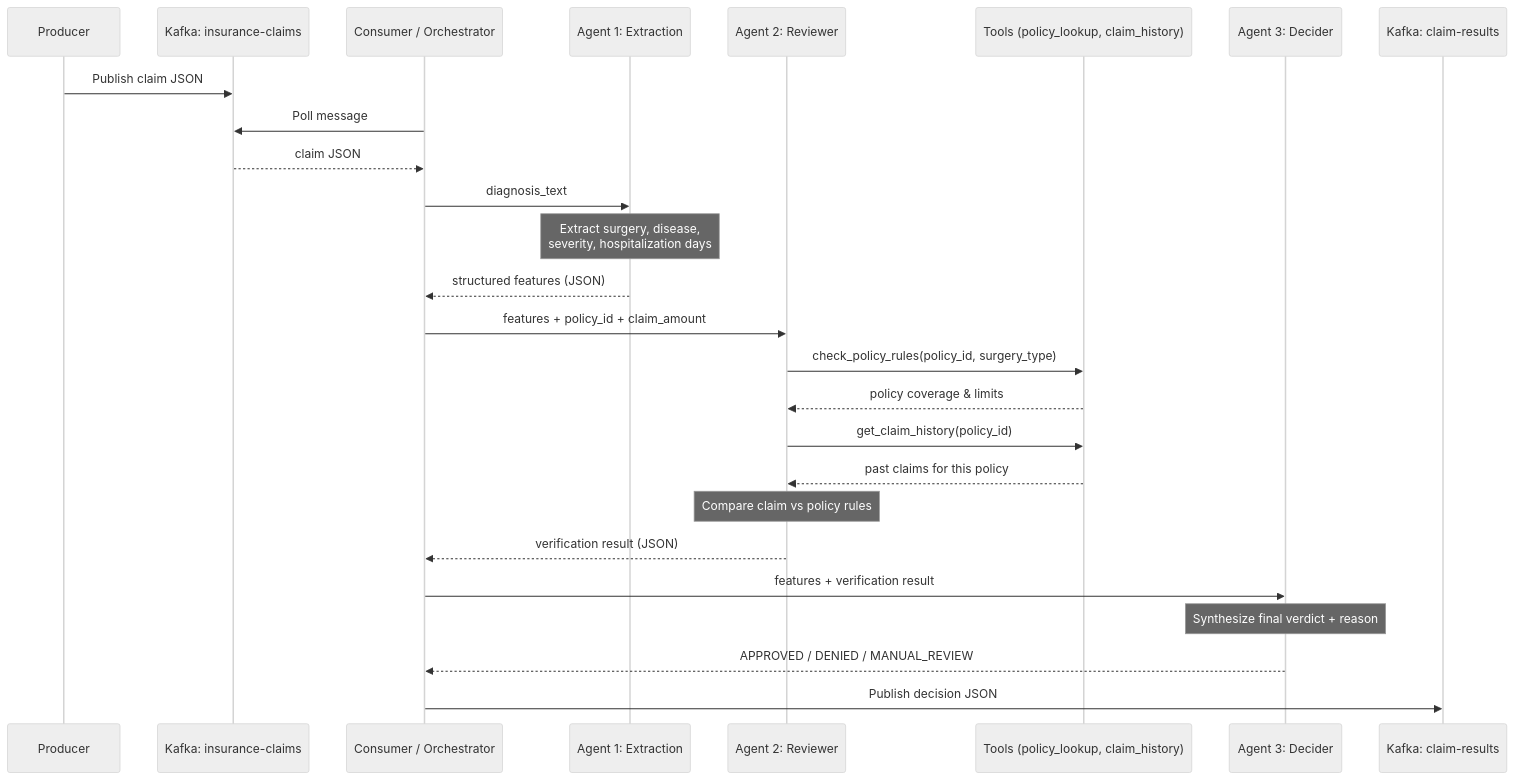
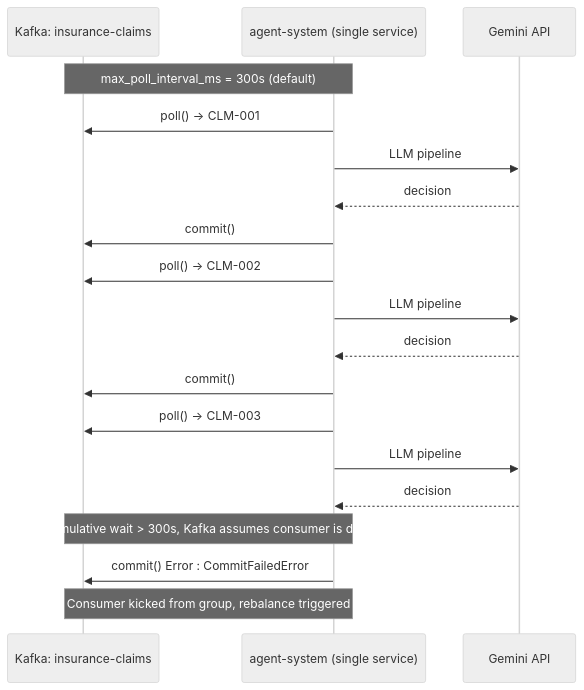
One commit to Wiwi-Creator/poc-kafka-with-ai-agent changed the first of 2 diagrams in overview.md. Above: the diagram before and after it, drawn with Mermaid (neutral theme). The commit also changed other lines of this file and 1 other file, not shown here.

````diff
--- a/overview.md
+++ b/overview.md
@@ -44,33 +50,27 @@
 ```mermaid
 sequenceDiagram
-    participant P as Producer
     participant K as Kafka: insurance-claims
-    participant C as Consumer / Orchestrator
-    participant A1 as Agent 1: Extraction
-    participant A2 as Agent 2: Reviewer
-    participant Tool as Tools (policy_lookup, claim_history)
-    participant A3 as Agent 3: Decider
-    participant KR as Kafka: claim-results
+    participant A as agent-system (single service)
+    participant L as Gemini API
 
-    P ->> K: Publish claim JSON
-    C ->> K: Poll message
-    K -->> C: claim JSON
+    Note over K,A: max_poll_interval_ms = 300s (default)
 
-    C ->> A1: diagnosis_text
-    Note over A1: Extract surgery, disease,<br/>severity, hospitalization days
-    A1 -->> C: structured features (JSON)
+    A->>K: poll() → CLM-001
+    A->>L: LLM pipeline
+    L-->>A: decision
+    A->>K: commit()
 
-    C ->> A2: features + policy_id + claim_amount
-    A2 ->> Tool: check_policy_rules(policy_id, surgery_type)
-    Tool -->> A2: policy coverage & limits
-    A2 ->> Tool: get_claim_history(policy_id)
-    Tool -->> A2: past claims for this policy
-    Note over A2: Compare claim vs policy rules
-    A2 -->> C: verification result (JSON)
+    A->>K: poll() → CLM-002
+    A->>L: LLM pipeline
+    L-->>A: decision
+    A->>K: commit()
 
-    C ->> A3: features + verification result
-    Note over A3: Synthesize final verdict + reason
-    A3 -->> C: APPROVED / DENIED / MANUAL_REVIEW
+    A->>K: poll() → CLM-003
+    A->>L: LLM pipeline
+    L-->>A: decision
 
-    C ->> KR: Publish decision JSON
+    Note over K,A: Cumulative wait > 300s, Kafka assumes consumer is dead
+
+    A->>K: commit() Error : CommitFailedError
+    Note over K,A: Consumer kicked from group, rebalance triggered
 ```
````
